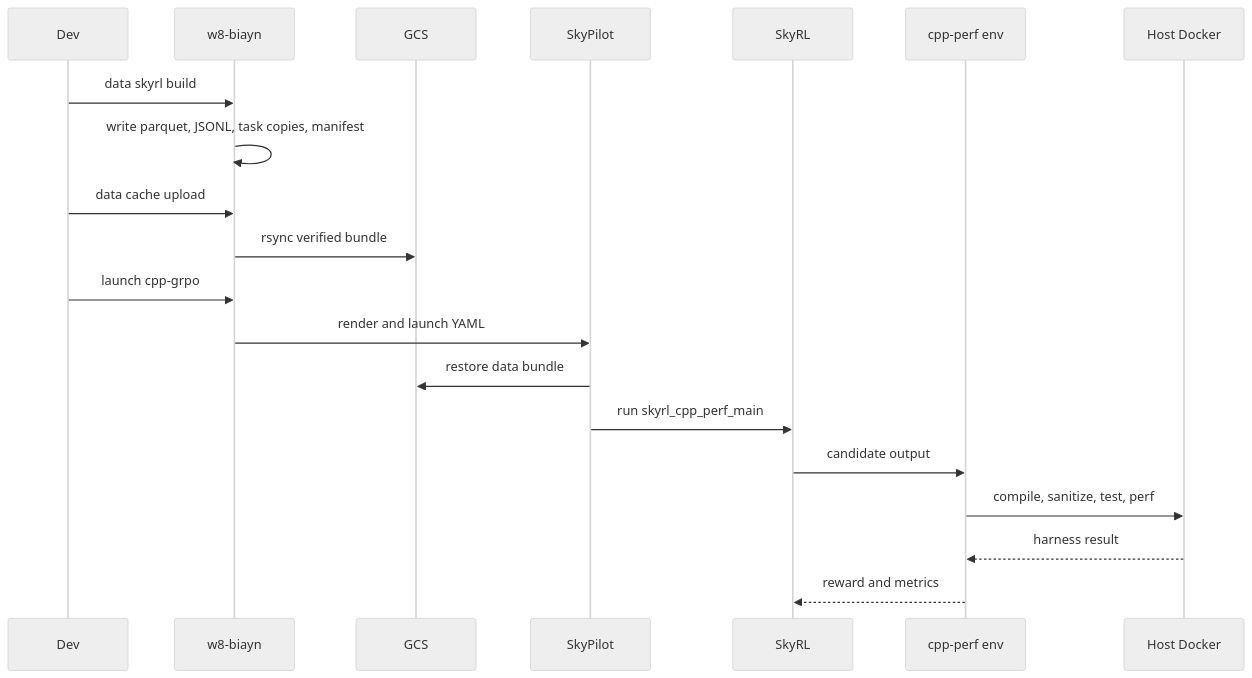
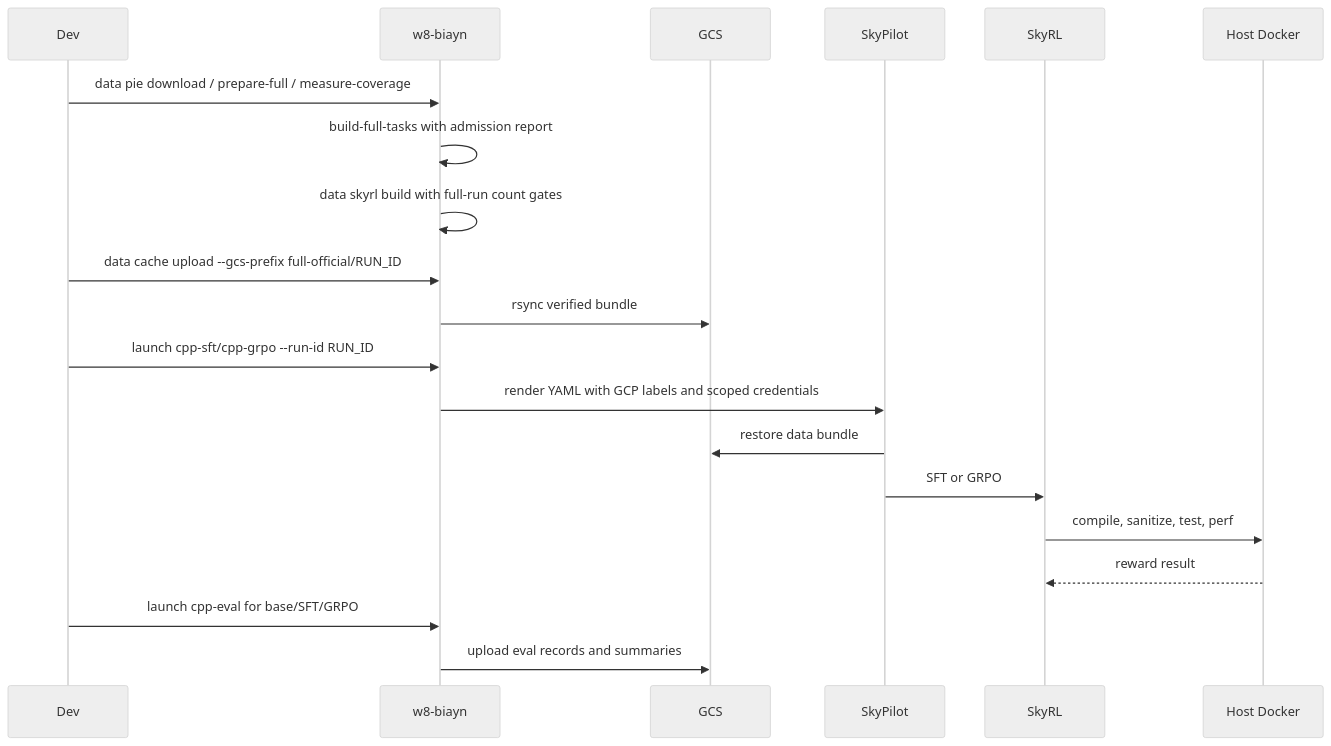
One commit to sandys/browser-is-all-you-need changed the second of 2 diagrams in README.md. Above: the diagram before and after it, drawn with Mermaid (neutral theme). The commit also changed other lines of this file and 6 other files, not shown here.

````diff
--- a/README.md
+++ b/README.md
@@ -64,23 +40,23 @@
 ```mermaid
 sequenceDiagram
   participant Dev
   participant CLI as w8-biayn
   participant GCS
   participant Sky as SkyPilot
   participant SkyRL
-  participant Env as cpp-perf env
   participant Docker as Host Docker
 
-  Dev->>CLI: data skyrl build
-  CLI->>CLI: write parquet, JSONL, task copies, manifest
-  Dev->>CLI: data cache upload
+  Dev->>CLI: data pie download / prepare-full / measure-coverage
+  CLI->>CLI: build-full-tasks with admission report
+  CLI->>CLI: data skyrl build with full-run count gates
+  Dev->>CLI: data cache upload --gcs-prefix full-official/RUN_ID
   CLI->>GCS: rsync verified bundle
-  Dev->>CLI: launch cpp-grpo
-  CLI->>Sky: render and launch YAML
+  Dev->>CLI: launch cpp-sft/cpp-grpo --run-id RUN_ID
+  CLI->>Sky: render YAML with GCP labels and scoped credentials
   Sky->>GCS: restore data bundle
-  Sky->>SkyRL: run skyrl_cpp_perf_main
-  SkyRL->>Env: candidate output
-  Env->>Docker: compile, sanitize, test, perf
-  Docker-->>Env: harness result
-  Env-->>SkyRL: reward and metrics
+  Sky->>SkyRL: SFT or GRPO
+  SkyRL->>Docker: compile, sanitize, test, perf
+  Docker-->>SkyRL: reward result
+  Dev->>CLI: launch cpp-eval for base/SFT/GRPO
+  CLI->>GCS: upload eval records and summaries
 ```
````
